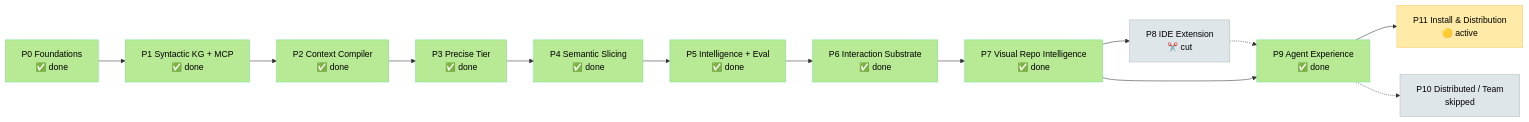
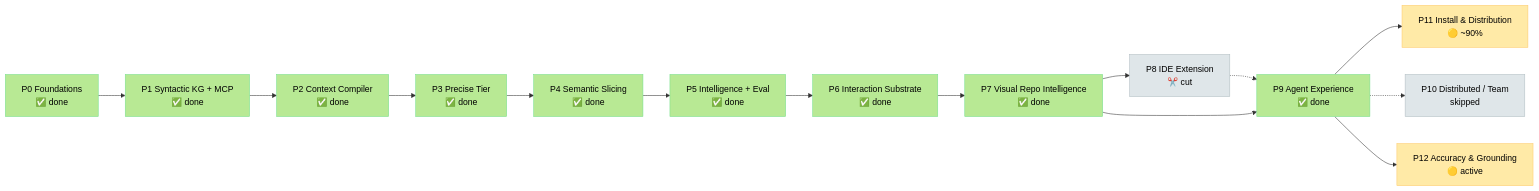
One commit to Md-Jazbee/prism changed the first of 4 diagrams in docs/planning/TASKS-AND-PROGRESS.md. Above: the diagram before and after it, drawn with Mermaid. The commit also changed other lines of this file and 13 other files, not shown here.

````diff
--- a/docs/planning/TASKS-AND-PROGRESS.md
+++ b/docs/planning/TASKS-AND-PROGRESS.md
@@ -36,28 +39,30 @@
 ```mermaid
 flowchart LR
     P0[P0 Foundations<br/>✅ done] --> P1[P1 Syntactic KG + MCP<br/>✅ done]
     P1 --> P2[P2 Context Compiler<br/>✅ done]
     P2 --> P3[P3 Precise Tier<br/>✅ done]
     P3 --> P4[P4 Semantic Slicing<br/>✅ done]
     P4 --> P5[P5 Intelligence + Eval<br/>✅ done]
     P5 --> P6[P6 Interaction Substrate<br/>✅ done]
     P6 --> P7[P7 Visual Repo Intelligence<br/>✅ done]
     P7 --> P8[P8 IDE Extension<br/>✂️ cut]
     P8 -.-> P9[P9 Agent Experience<br/>✅ done]
     P7 --> P9
-    P9 --> P11[P11 Install & Distribution<br/>🟡 active]
+    P9 --> P11[P11 Install & Distribution<br/>🟡 ~90%]
     P9 -.-> P10[P10 Distributed / Team<br/>skipped]
+    P9 --> P12[P12 Accuracy & Grounding<br/>🟡 active]
 
     style P0 fill:#b8e994,stroke:#78e08f,color:#000
     style P1 fill:#b8e994,stroke:#78e08f,color:#000
     style P2 fill:#b8e994,stroke:#78e08f,color:#000
     style P3 fill:#b8e994,stroke:#78e08f,color:#000
     style P4 fill:#b8e994,stroke:#78e08f,color:#000
     style P5 fill:#b8e994,stroke:#78e08f,color:#000
     style P6 fill:#b8e994,stroke:#78e08f,color:#000
     style P7 fill:#b8e994,stroke:#78e08f,color:#000
     style P8 fill:#dfe6e9,stroke:#b2bec3,color:#000
     style P9 fill:#b8e994,stroke:#78e08f,color:#000
     style P10 fill:#dfe6e9,stroke:#b2bec3,color:#000
     style P11 fill:#ffeaa7,stroke:#fdcb6e,color:#000
+    style P12 fill:#ffeaa7,stroke:#fdcb6e,color:#000
 ```
````
